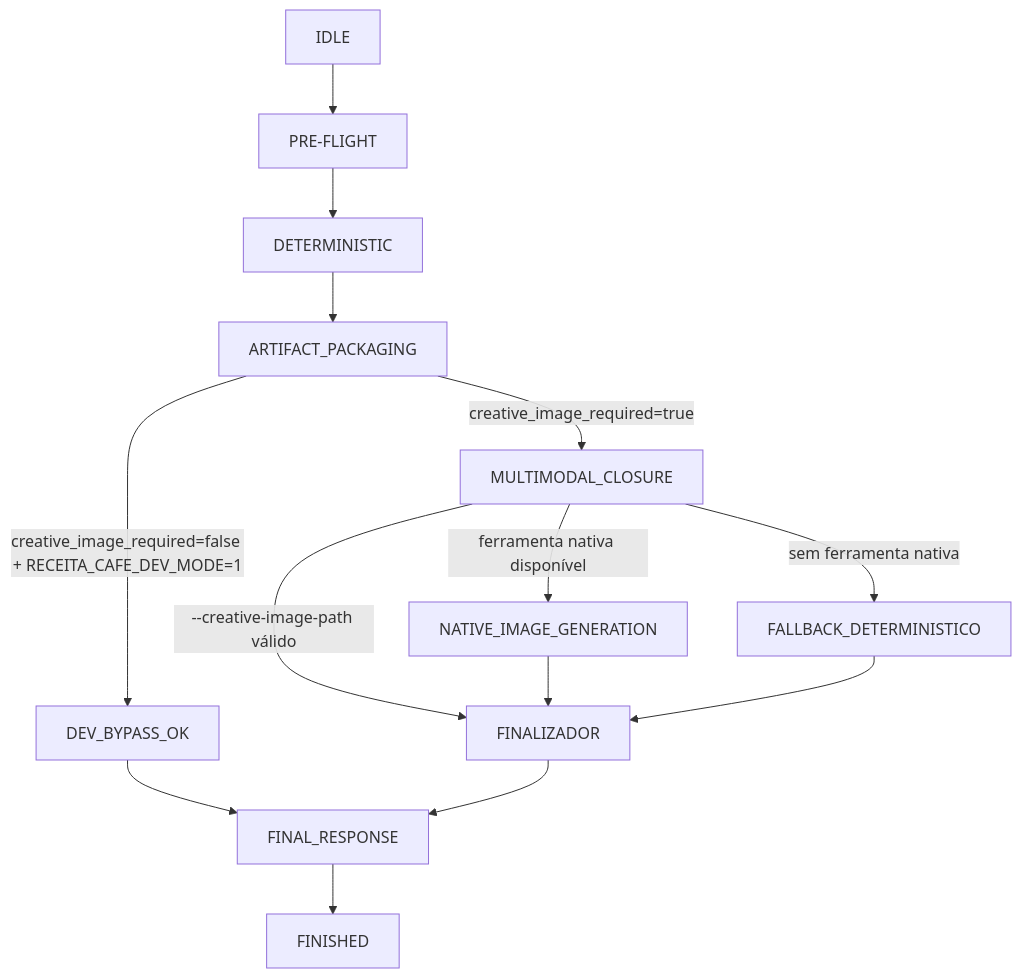
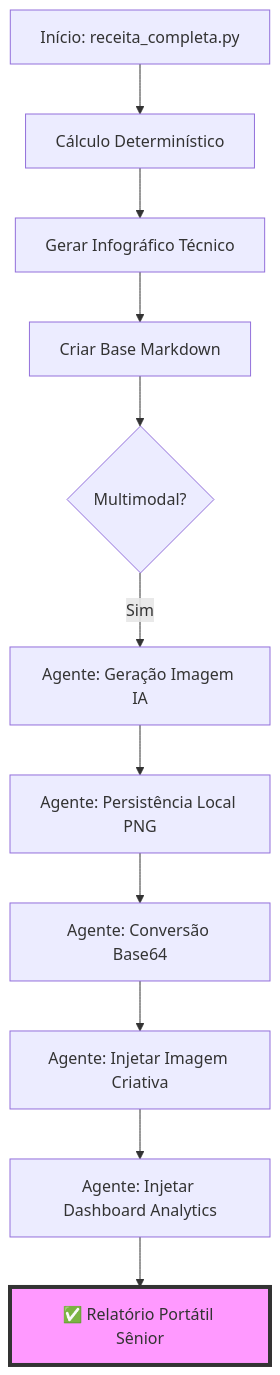
Before and after one commit to malvesro/cafe-skill: the second of 2 diagrams in .agents/skills/receita-cafe/README.md, drawn with Mermaid. The commit also changed other lines of this file and 2 other files, not shown here.

Commit message:
docs(arch): 📚 update documentation to v5.0 sênior standard with mermaid diagrams

````diff
--- a/.agents/skills/receita-cafe/README.md
+++ b/.agents/skills/receita-cafe/README.md
@@ -78,19 +29,16 @@
 ```mermaid
 flowchart TD
-    IDLE[IDLE] --> PRE[PRE-FLIGHT]
-    PRE --> DET[DETERMINISTIC]
-    DET --> PACK[ARTIFACT_PACKAGING]
-
-    PACK -->|creative_image_required=true| MULTI[MULTIMODAL_CLOSURE]
-    PACK -->|creative_image_required=false + RECEITA_CAFE_DEV_MODE=1| DEV_BYPASS[DEV_BYPASS_OK]
-    DEV_BYPASS --> FINAL[FINAL_RESPONSE]
-
-    MULTI -->|--creative-image-path válido| FINALIZER[FINALIZADOR]
-    MULTI -->|ferramenta nativa disponível| NATIVE[NATIVE_IMAGE_GENERATION]
-    NATIVE --> FINALIZER
-    MULTI -->|sem ferramenta nativa| FALLBACK[FALLBACK_DETERMINISTICO]
-    FALLBACK --> FINALIZER
-
-    FINALIZER --> FINAL
-    FINAL --> DONE[FINISHED]
+    START[Início: receita_completa.py] --> DET[Cálculo Determinístico]
+    DET --> INF[Gerar Infográfico Técnico]
+    INF --> MD[Criar Base Markdown]
+    MD --> PEND{Multimodal?}
+    
+    PEND -- Sim --> GEN[Agente: Geração Imagem IA]
+    GEN --> SAVE[Agente: Persistência Local PNG]
+    SAVE --> B64[Agente: Conversão Base64]
+    B64 --> INJ_C[Agente: Injetar Imagem Criativa]
+    INJ_C --> INJ_D[Agente: Injetar Dashboard Analytics]
+    INJ_D --> FINAL[✅ Relatório Portátil Sênior]
+    
+    style FINAL fill:#f9f,stroke:#333,stroke-width:4px
 ```
````
